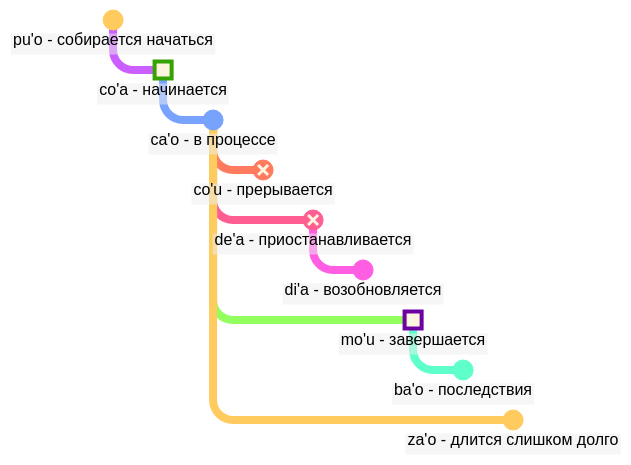
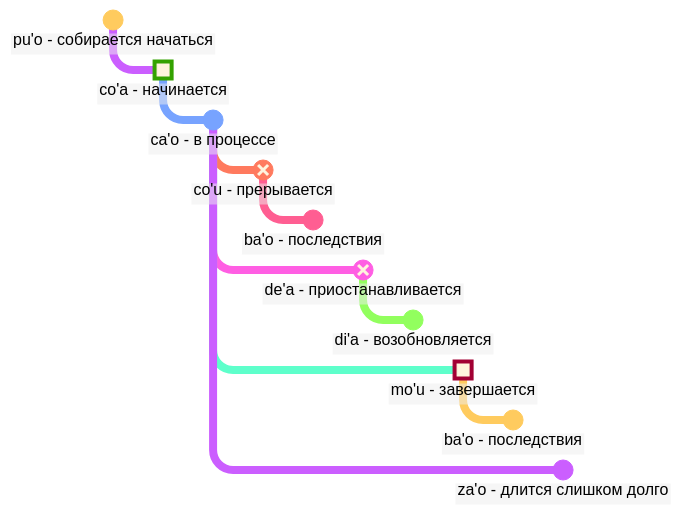
The diagram in data/pages/ru/books/learn-lojban/6.md (La-Lojban/lojban.pw), drawn with Mermaid before and after one commit. The commit also changed other lines of this file and 24 other files, not shown here.

````diff
--- a/data/pages/ru/books/learn-lojban/6.md
+++ b/data/pages/ru/books/learn-lojban/6.md
@@ -514,57 +527,61 @@
 ```mermaid
 %%{
     init: {
         'logLevel': 'debug',
         'theme': 'base',
         'themeVariables': {
                 'commitLabelColor': '#000',
                 'commitLabelBackground': '#eee',
                 'commitLabelFontSize': '16px',
                 'tagLabelFontSize': '14px'
         },
         'htmlLabels': true,
         'gitGraph': {
             'showCommitLabel':true,
             'mainBranchName': 'event',
             'rotateCommitLabel': false,
             'showBranches': false
         }
     }
 }%%
 
 gitGraph
     checkout event
     commit id: "pu'o - собирается начаться"
 
     checkout event
     branch start
     commit id: "co'a - начинается" type:HIGHLIGHT
 
     checkout start
     branch progress
     commit id: "ca'o - в процессе"
 
     checkout progress
     branch stop
     commit id: "co'u - прерывается" type: REVERSE
 
+    checkout stop
+    branch aftermathStop
+    commit id: "ba'o - последствия "
+
     checkout progress
     branch "pause"
     commit id: "de'a - приостанавливается" type: REVERSE
 
     checkout "pause"
     branch resume
     commit id: "di'a - возобновляется"
 
     checkout progress
     branch completion
     commit id: "mo'u - завершается" type: HIGHLIGHT
 
     checkout completion
     branch aftermath
     commit id: "ba'o - последствия"
 
     checkout progress
     branch overdue
     commit id: "za'o - длится слишком долго"
 ```
````
